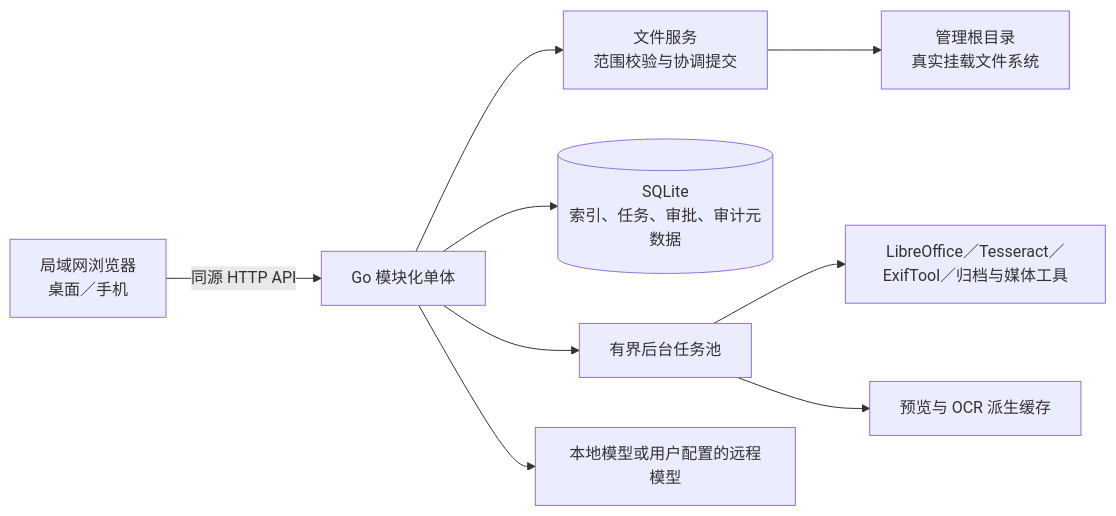
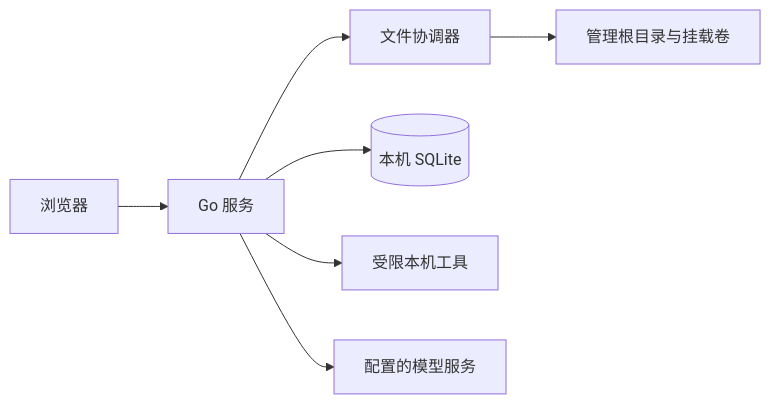
The diagram in docs/TECH.md (int2t05/FileSage), drawn with Mermaid before and after one commit. The commit also changed other lines of this file and 34 other files, not shown here.

````diff
--- a/docs/TECH.md
+++ b/docs/TECH.md
@@ -17,11 +11,9 @@
 ```mermaid
 flowchart LR
-  B[局域网浏览器<br/>桌面／手机] -->|同源 HTTP API| A[Go 模块化单体]
-  A --> F[文件服务<br/>范围校验与协调提交]
-  F --> R[管理根目录<br/>真实挂载文件系统]
-  A --> D[(SQLite<br/>索引、任务、审批、审计元数据)]
-  A --> Q[有界后台任务池]
-  Q --> H[LibreOffice／Tesseract／ExifTool／归档与媒体工具]
-  A --> M[本地模型或用户配置的远程模型]
-  Q --> C[预览与 OCR 派生缓存]
+  UI[浏览器] --> API[Go 服务]
+  API --> FS[文件协调器]
+  FS --> ROOT[管理根目录与挂载卷]
+  API --> DB[(本机 SQLite)]
+  API --> TOOL[受限本机工具]
+  API --> LLM[配置的模型服务]
 ```
````
